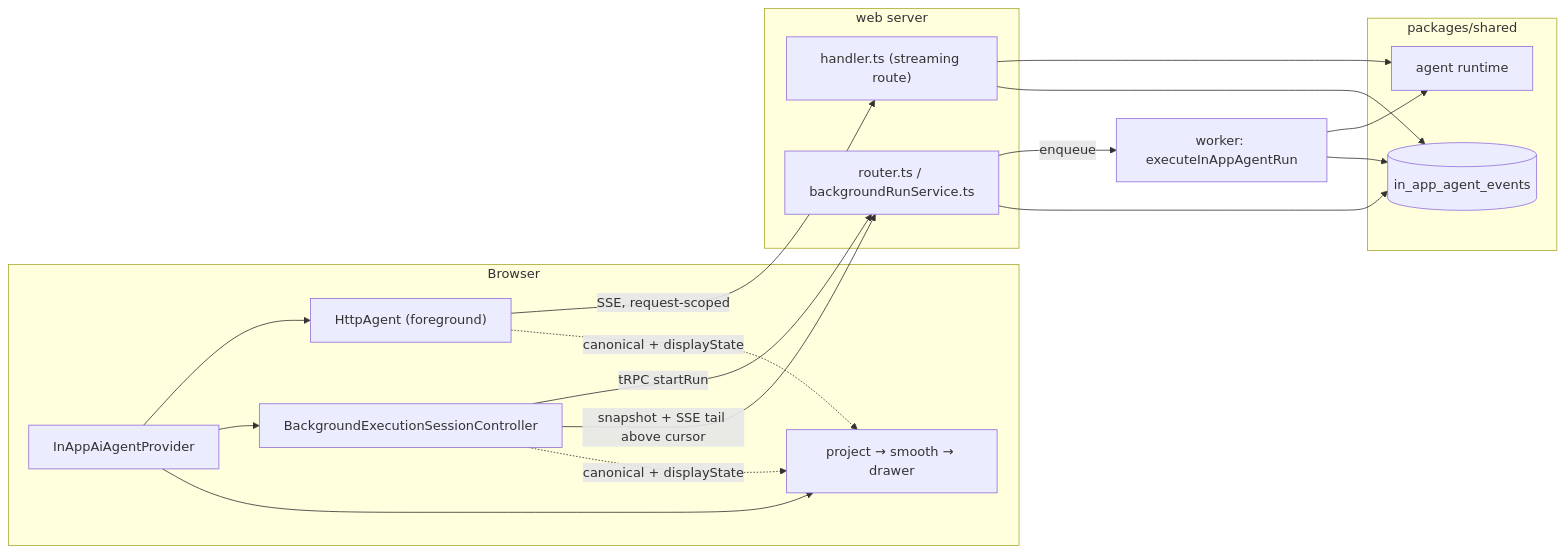
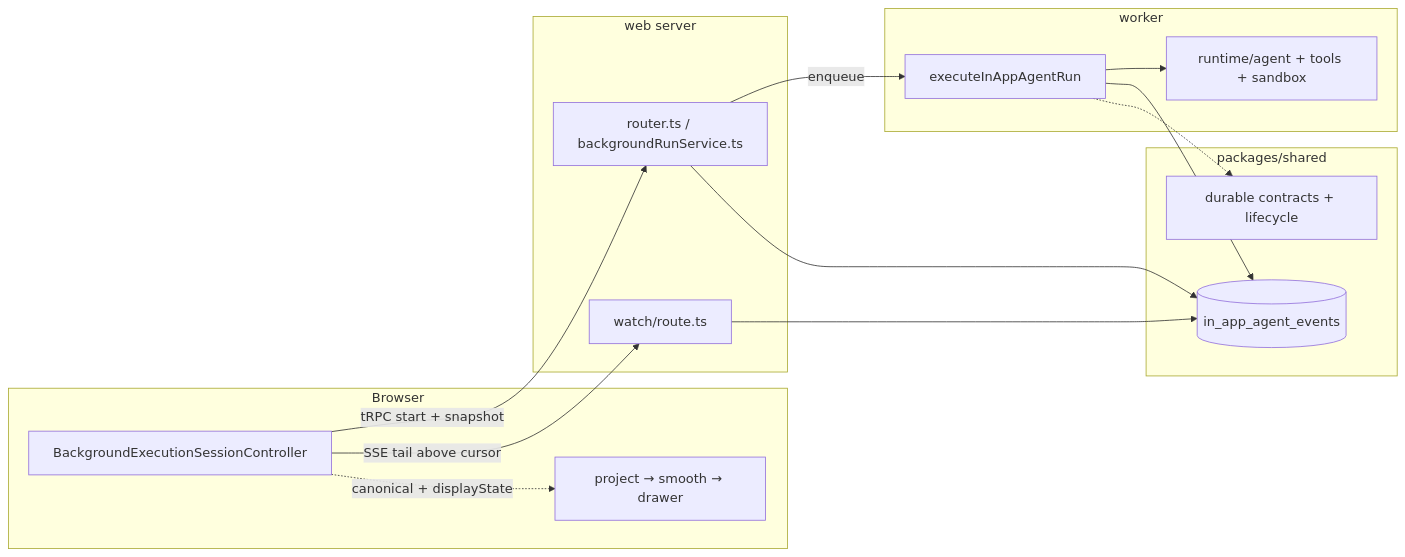
The diagram in web/src/features/in-app-agent/ARCHITECTURE.md (neubirdai/langfuse), drawn with Mermaid before and after one commit. The commit also changed other lines of this file and 3015 other files, not shown here.

````diff
--- a/web/src/features/in-app-agent/ARCHITECTURE.md
+++ b/web/src/features/in-app-agent/ARCHITECTURE.md
@@ -74,35 +77,30 @@
 ```mermaid
 flowchart LR
   subgraph Browser
-    P["InAppAiAgentProvider"]
-    F["HttpAgent (foreground)"]
     S["BackgroundExecutionSessionController"]
     R["project → smooth → drawer"]
   end
   subgraph WebServer["web server"]
-    H["handler.ts (streaming route)"]
     RT["router.ts / backgroundRunService.ts"]
+    WR["watch/route.ts"]
   end
   subgraph Shared["packages/shared"]
     L[("in_app_agent_events")]
-    A["agent runtime"]
+    C["durable contracts + lifecycle"]
   end
-  W["worker: executeInAppAgentRun"]
+  subgraph Worker["worker"]
+    W["executeInAppAgentRun"]
+    A["runtime/agent + tools + sandbox"]
+  end
 
-  P --> F
-  F -->|"SSE, request-scoped"| H
-  H --> A
-  H --> L
-
-  P --> S
-  S -->|"tRPC startRun"| RT
+  S -->|"tRPC start + snapshot"| RT
   RT -->|"enqueue"| W
   W --> A
   W --> L
-  S -->|"snapshot + SSE tail above cursor"| RT
+  W -.-> C
+  S -->|"SSE tail above cursor"| WR
   RT --> L
+  WR --> L
 
-  P --> R
   S -.->|"canonical + displayState"| R
-  F -.->|"canonical + displayState"| R
 ```
````
